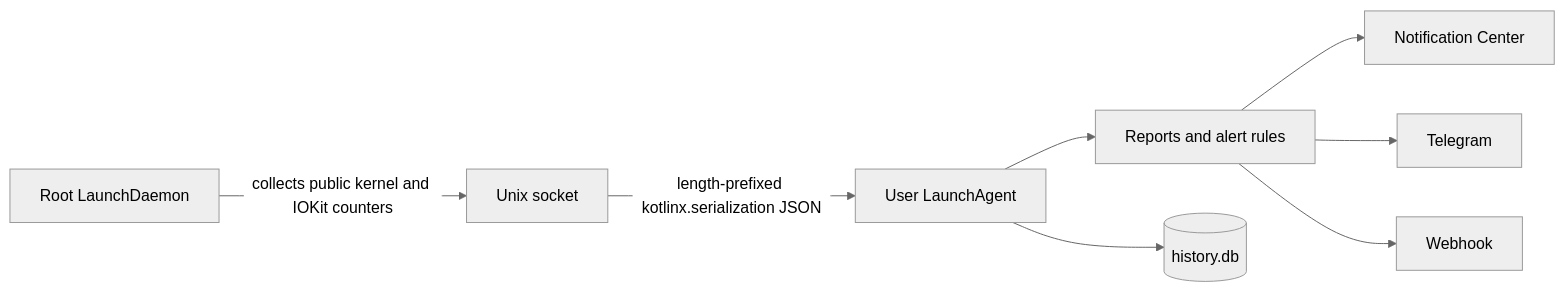
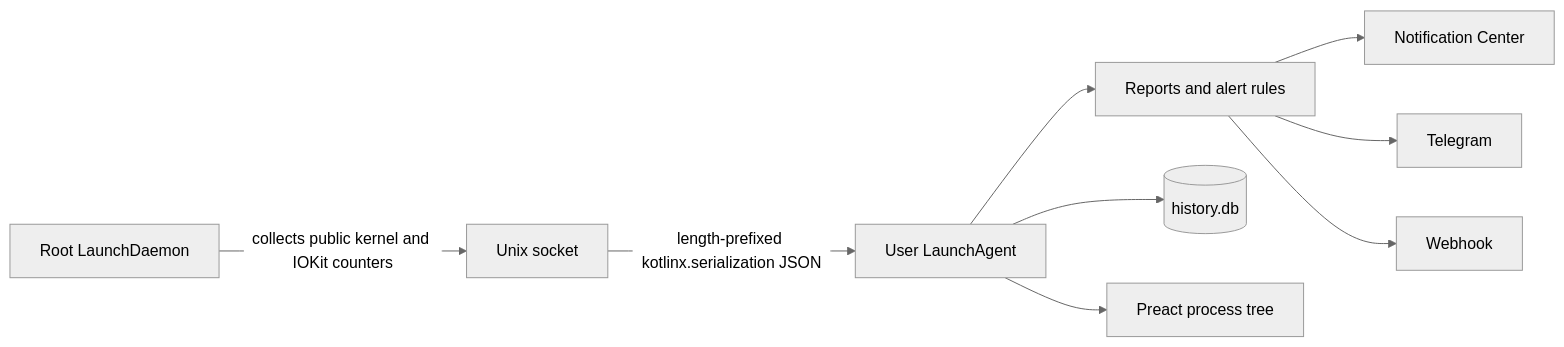
One commit to Heapy/harmon changed the diagram in README.md. Above: the diagram before and after it, drawn with Mermaid (neutral theme). The commit also changed other lines of this file and 42 other files, not shown here.

````diff
--- a/README.md
+++ b/README.md
@@ -10,10 +11,11 @@
 ```mermaid
 flowchart LR
     LD[Root LaunchDaemon] -->|collects public kernel and IOKit counters| S[Unix socket]
     S -->|length-prefixed kotlinx.serialization JSON| LA[User LaunchAgent]
     LA --> R[Reports and alert rules]
     LA --> H[(history.db)]
+    LA --> U[Preact process tree]
     R --> N[Notification Center]
     R --> T[Telegram]
     R --> W[Webhook]
 ```
````
